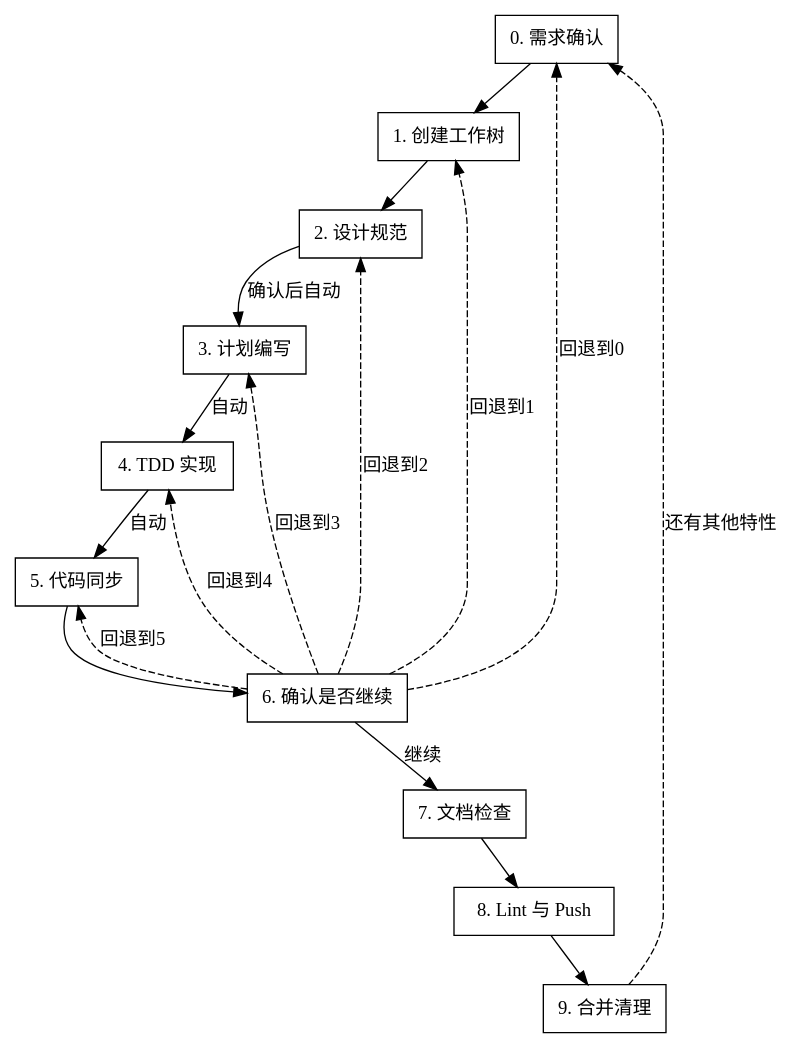
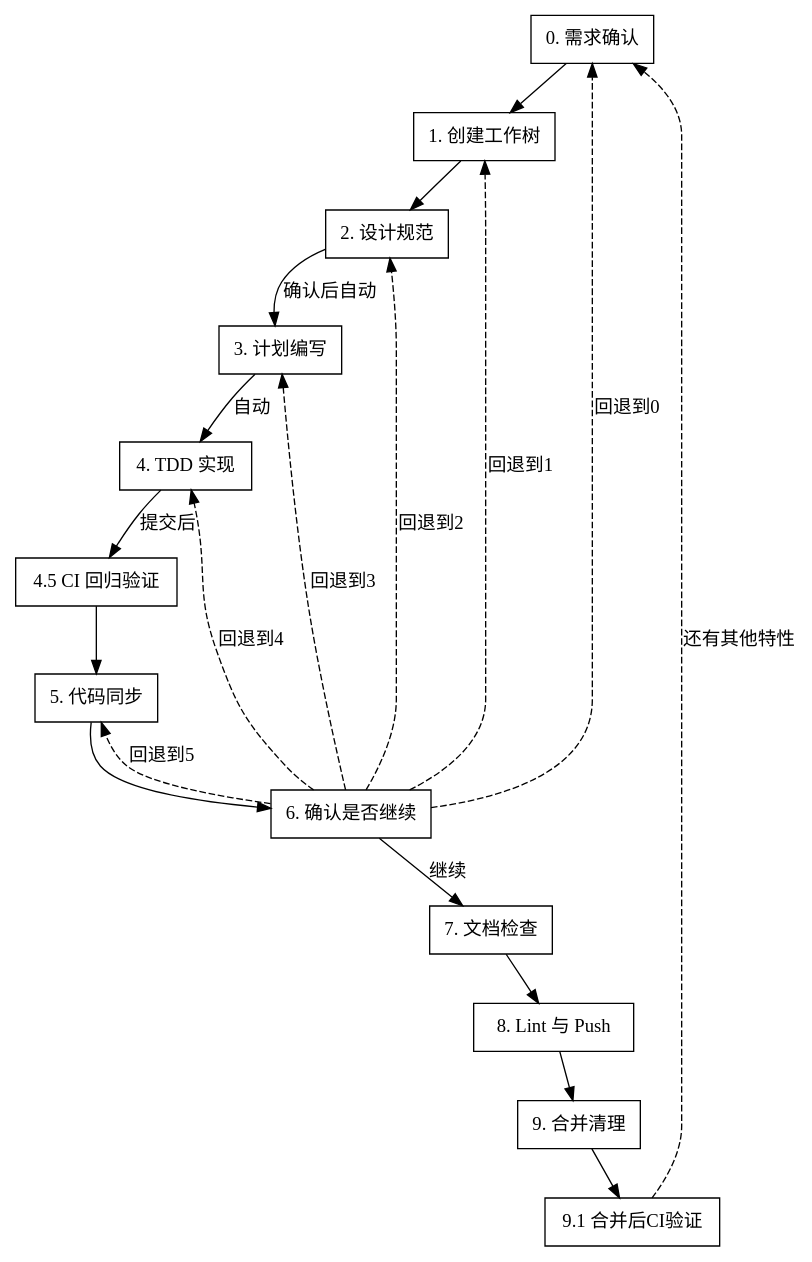
Before and after one commit to marcocpt/trae_skills: the diagram in feature-development-workflow/SKILL.md, drawn with Graphviz. The commit also changed other lines of this file and 1 other file, not shown here.

````diff
--- a/feature-development-workflow/SKILL.md
+++ b/feature-development-workflow/SKILL.md
@@ -22,22 +22,24 @@
 ```dot
 digraph feature_development_workflow {
     rankdir=TB;
     node [shape=box];
     "0. 需求确认" -> "1. 创建工作树";
     "1. 创建工作树" -> "2. 设计规范";
     "2. 设计规范" -> "3. 计划编写" [label="确认后自动"];
     "3. 计划编写" -> "4. TDD 实现" [label="自动"];
-    "4. TDD 实现" -> "5. 代码同步" [label="自动"];
+    "4. TDD 实现" -> "4.5 CI 回归验证" [label="提交后"];
+    "4.5 CI 回归验证" -> "5. 代码同步";
     "5. 代码同步" -> "6. 确认是否继续";
     "6. 确认是否继续" -> "7. 文档检查" [label="继续"];
     "6. 确认是否继续" -> "0. 需求确认" [label="回退到0", style=dashed];
     "6. 确认是否继续" -> "1. 创建工作树" [label="回退到1", style=dashed];
     "6. 确认是否继续" -> "2. 设计规范" [label="回退到2", style=dashed];
     "6. 确认是否继续" -> "3. 计划编写" [label="回退到3", style=dashed];
     "6. 确认是否继续" -> "4. TDD 实现" [label="回退到4", style=dashed];
     "6. 确认是否继续" -> "5. 代码同步" [label="回退到5", style=dashed];
     "7. 文档检查" -> "8. Lint 与 Push";
     "8. Lint 与 Push" -> "9. 合并清理";
-    "9. 合并清理" -> "0. 需求确认" [label="还有其他特性", style=dashed];
+    "9. 合并清理" -> "9.1 合并后CI验证";
+    "9.1 合并后CI验证" -> "0. 需求确认" [label="还有其他特性", style=dashed];
 }
 ```
````
